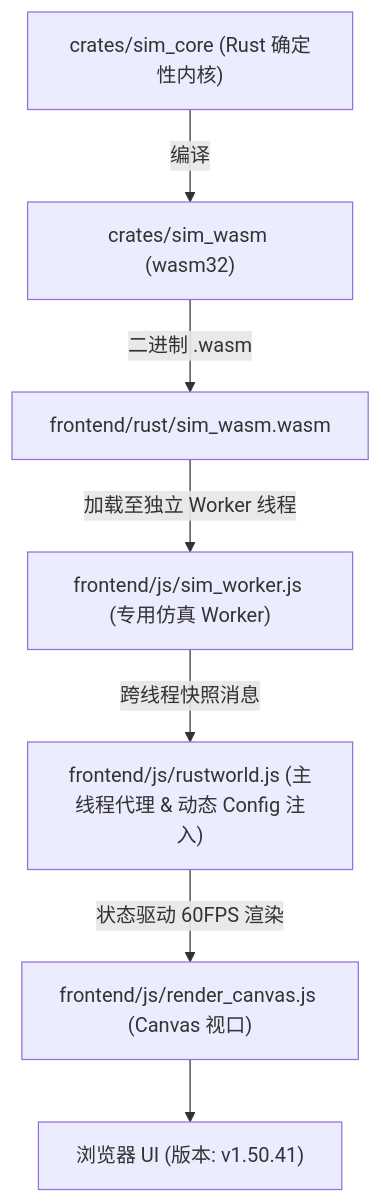
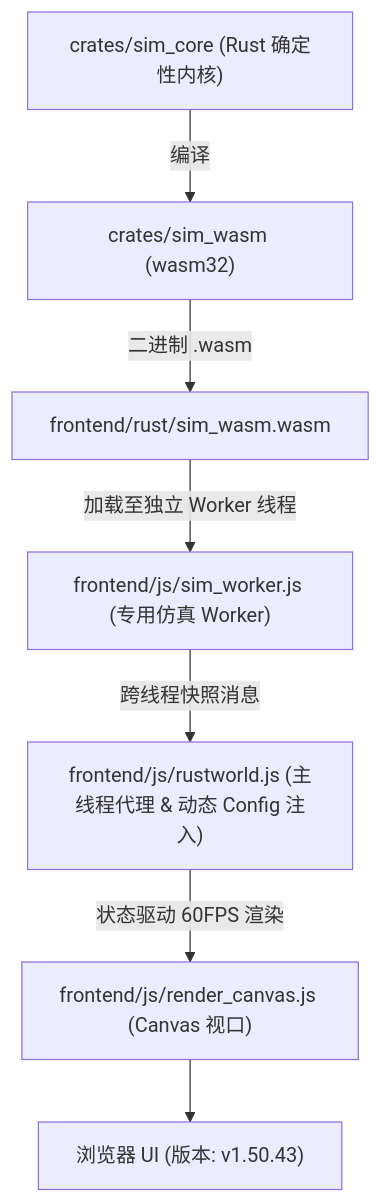
The diagram in AGENTS.md (g39088902/FlowAndAccord), drawn with Mermaid before and after one commit. The commit also changed other lines of this file and 19 other files, not shown here.

````diff
--- a/AGENTS.md
+++ b/AGENTS.md
@@ -61,9 +61,9 @@
 ```mermaid
 graph TD
     A["crates/sim_core (Rust 确定性内核)"] -->|编译| B["crates/sim_wasm (wasm32)"]
     B -->|二进制 .wasm| C["frontend/rust/sim_wasm.wasm"]
     C -->|加载至独立 Worker 线程| D["frontend/js/sim_worker.js (专用仿真 Worker)"]
     D -->|跨线程快照消息| E["frontend/js/rustworld.js (主线程代理 & 动态 Config 注入)"]
     E -->|状态驱动 60FPS 渲染| F["frontend/js/render_canvas.js (Canvas 视口)"]
-    F --> G["浏览器 UI (版本: v1.50.41)"]
+    F --> G["浏览器 UI (版本: v1.50.43)"]
 ```
````
